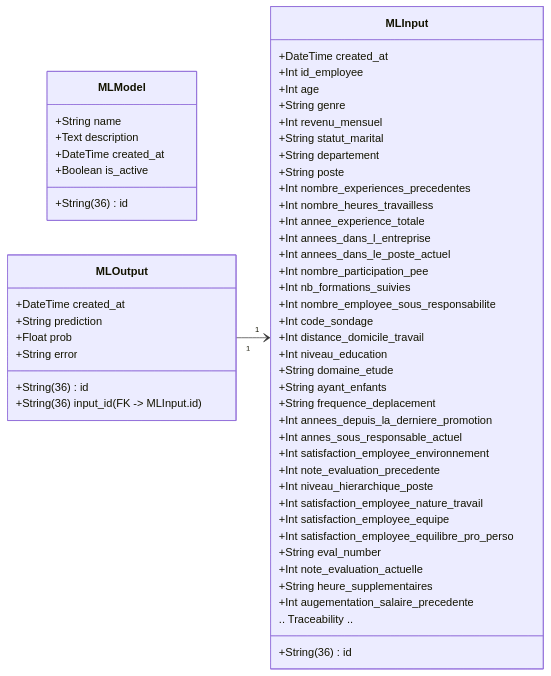
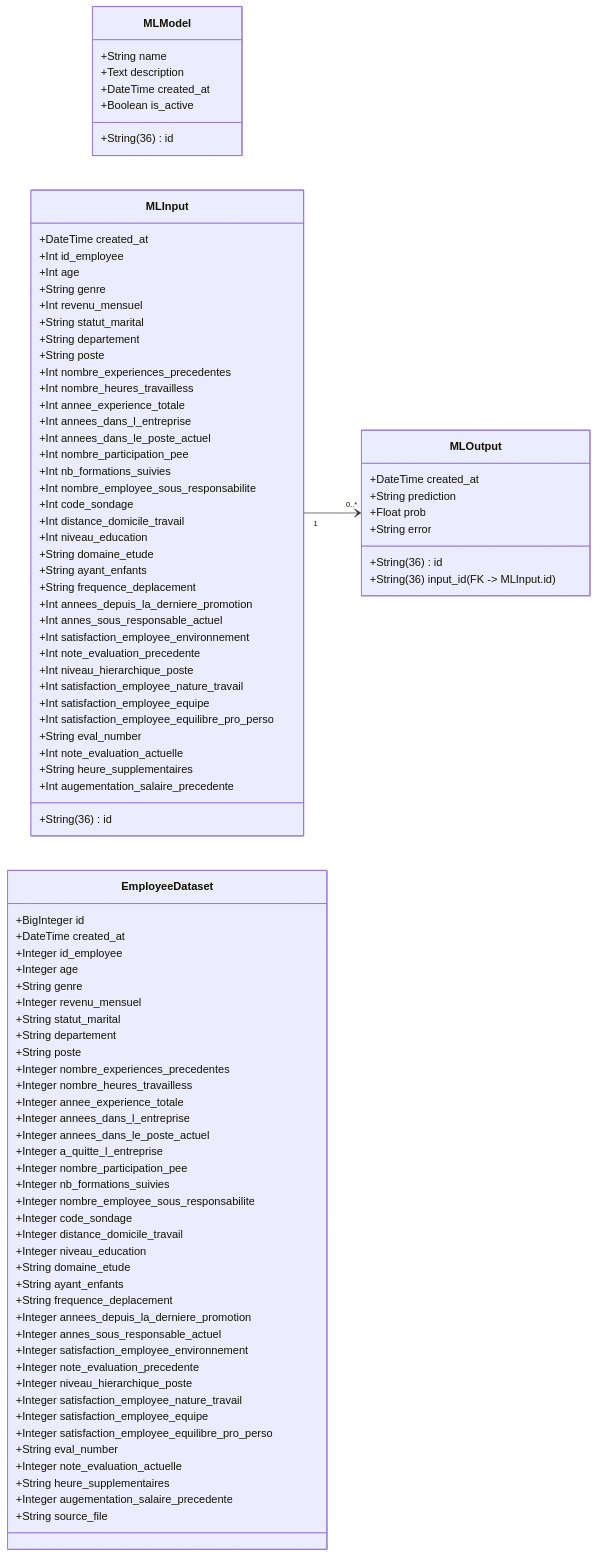
Before and after one commit to marintosti12/deploy-machine-learning: the diagram in README.md, drawn with Mermaid. The commit also changed 3 other files, not shown here.

```diff
--- a/README.md
+++ b/README.md
@@ -112,9 +112,9 @@
     +Int note_evaluation_actuelle
     +String heure_supplementaires
     +Int augementation_salaire_precedente
-    %% Trace optionally which model handled the request
-    .. Traceability ..
   }
+
+  
 
   class MLOutput {
     +String(36) id
@@ -125,6 +125,55 @@
     +String error
   }
 
+  class EmployeeDataset {
+    +BigInteger id  
+    +DateTime created_at  
+    +Integer id_employee  
+
+    +Integer age
+    +String genre
+    +Integer revenu_mensuel
+    +String statut_marital
+    +String departement  
+    +String poste
+
+    +Integer nombre_experiences_precedentes
+    +Integer nombre_heures_travailless
+    +Integer annee_experience_totale
+    +Integer annees_dans_l_entreprise
+    +Integer annees_dans_le_poste_actuel
+
+    +Integer a_quitte_l_entreprise
+
+    +Integer nombre_participation_pee
+    +Integer nb_formations_suivies
+    +Integer nombre_employee_sous_responsabilite
+
+    +Integer code_sondage
+    +Integer distance_domicile_travail
+    +Integer niveau_education
+    +String domaine_etude
+
+    +String ayant_enfants
+    +String frequence_deplacement
+
+    +Integer annees_depuis_la_derniere_promotion
+    +Integer annes_sous_responsable_actuel
+    +Integer satisfaction_employee_environnement
+    +Integer note_evaluation_precedente
+    +Integer niveau_hierarchique_poste
+    +Integer satisfaction_employee_nature_travail
+    +Integer satisfaction_employee_equipe
+    +Integer satisfaction_employee_equilibre_pro_perso
+
+    +String eval_number  
+    +Integer note_evaluation_actuelle
+    +String heure_supplementaires
+    +Integer augementation_salaire_precedente
+
+    +String source_file  
+}
+
   %% Relations
-  MLOutput "1" --> "1" MLInput
+  MLInput "1" --> "0..*" MLOutput
 ~~~
```
